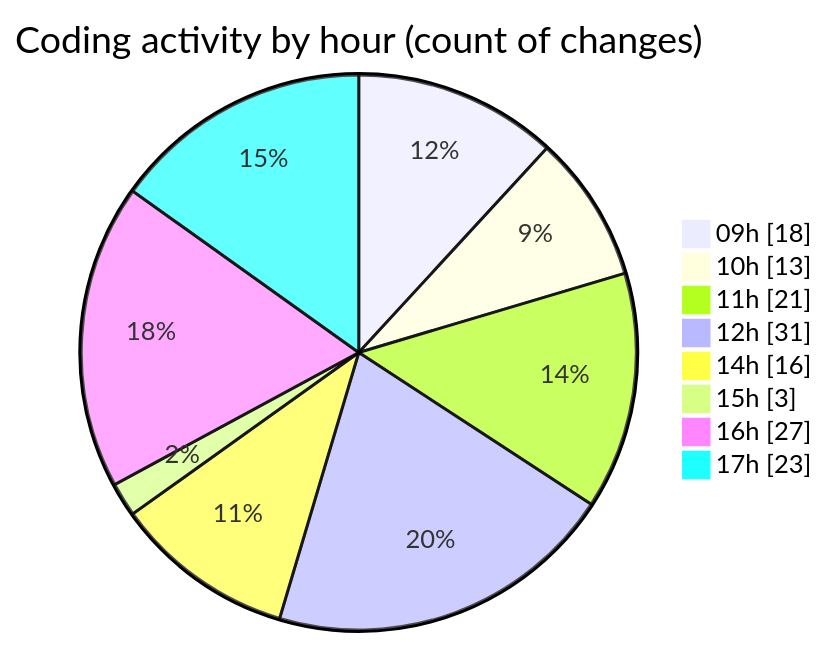
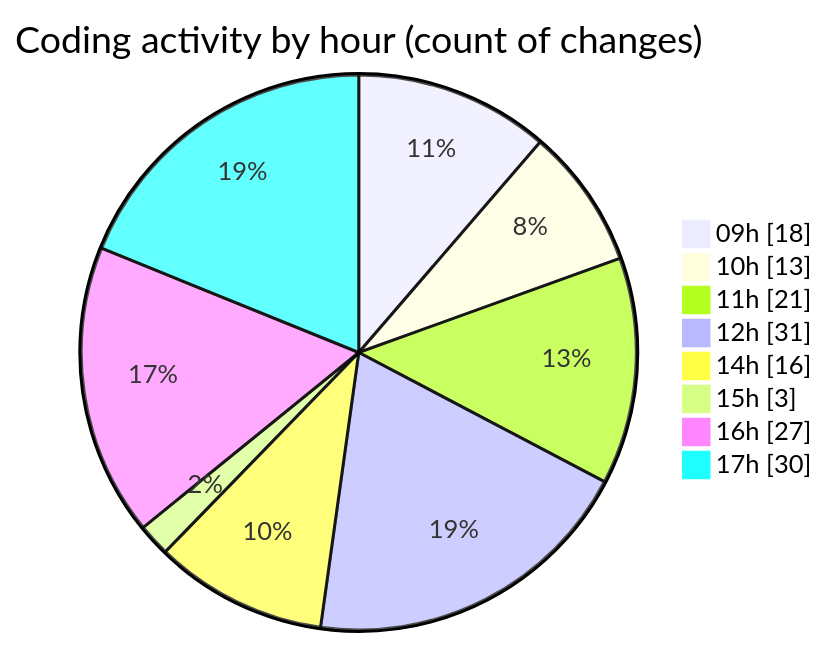
One commit to momahboobian/code-tracking changed the second of 2 diagrams in 2026-08-12/cda/README.md. Above: the diagram before and after it, drawn with Mermaid. The commit also changed other lines of this file and 1 other file, not shown here.

````diff
--- a/2026-08-12/cda/README.md
+++ b/2026-08-12/cda/README.md
@@ -76,12 +76,12 @@
 ```mermaid
 pie showData
 title Coding activity by hour (count of changes)
 "09h" : 18
 "10h" : 13
 "11h" : 21
 "12h" : 31
 "14h" : 16
 "15h" : 3
 "16h" : 27
-"17h" : 23
+"17h" : 30
 ```
````
